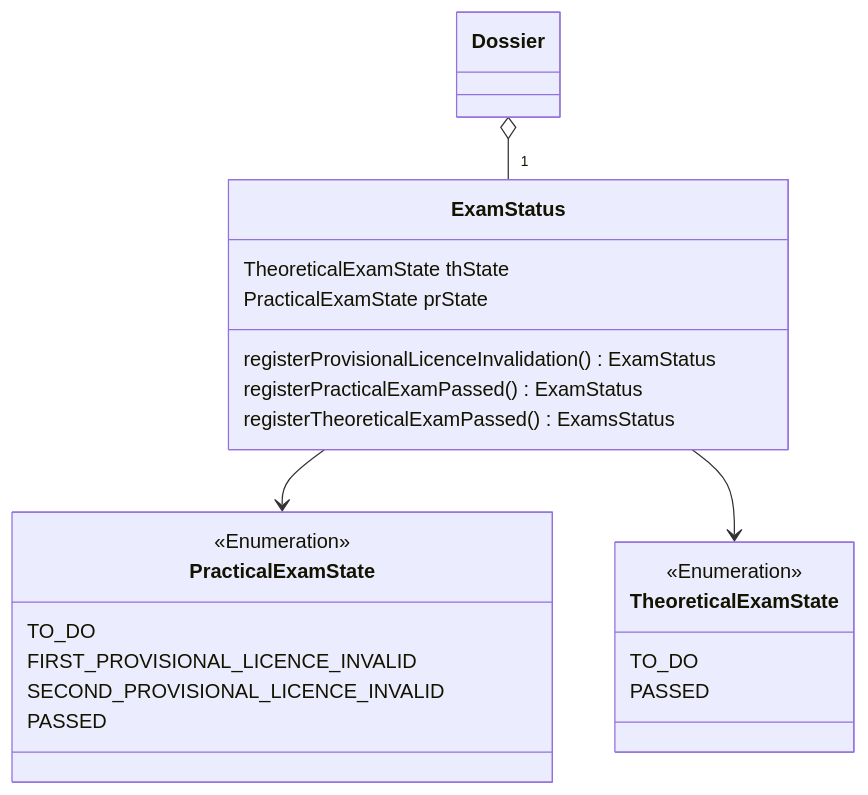
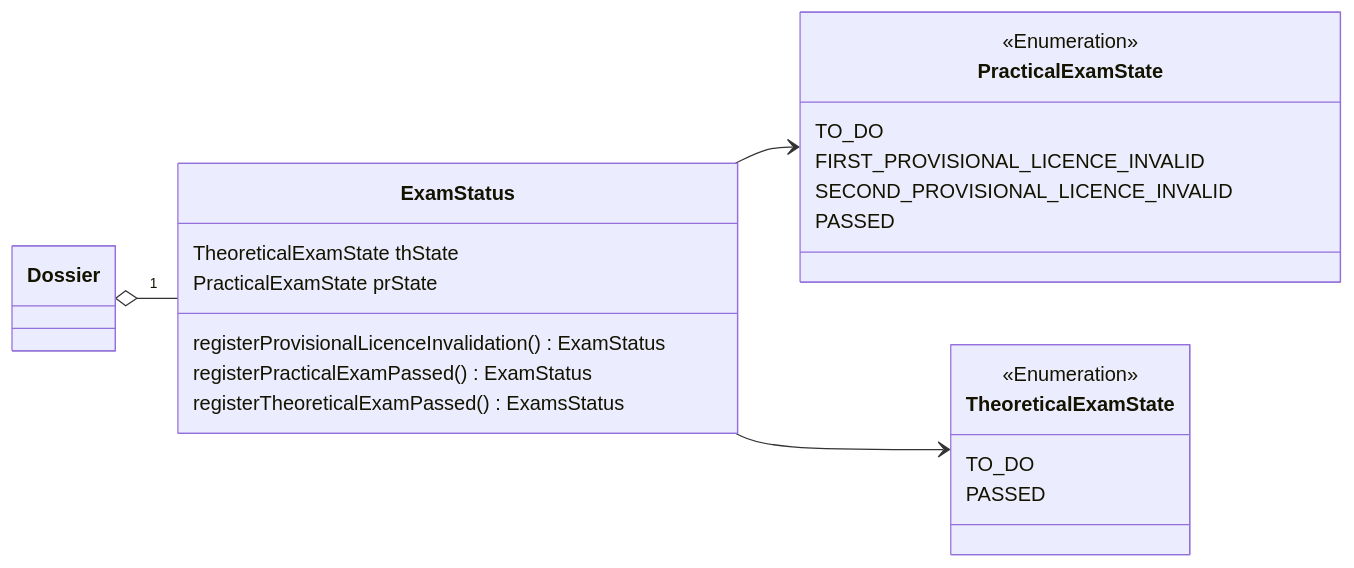
The second of 2 diagrams in docs/report/TacticalDesign/DossierService.md (den-gr/Driving-School-Distributed-Management-Software), drawn with Mermaid before and after one commit. The commit also changed other lines of this file and 3 other files, not shown here.

Commit message:
docs: add captions to diagramms

````diff
--- a/docs/report/TacticalDesign/DossierService.md
+++ b/docs/report/TacticalDesign/DossierService.md
@@ -71,34 +73,36 @@
 ```mermaid
+
 classDiagram
+direction LR
 
 Dossier o-- "1" ExamStatus
 
 class ExamStatus{
     TheoreticalExamState  thState
     PracticalExamState  prState
     registerProvisionalLicenceInvalidation() ExamStatus
     registerPracticalExamPassed() ExamStatus
     registerTheoreticalExamPassed() ExamsStatus
 }
 
 ExamStatus --> PracticalExamState
 ExamStatus --> TheoreticalExamState
 
 
 
 class PracticalExamState {
     <<Enumeration>>
     TO_DO
     FIRST_PROVISIONAL_LICENCE_INVALID
     SECOND_PROVISIONAL_LICENCE_INVALID
     PASSED
 }
 
 
 class TheoreticalExamState {
     <<Enumeration>>
     TO_DO
     PASSED
 }
 
 ```
````
